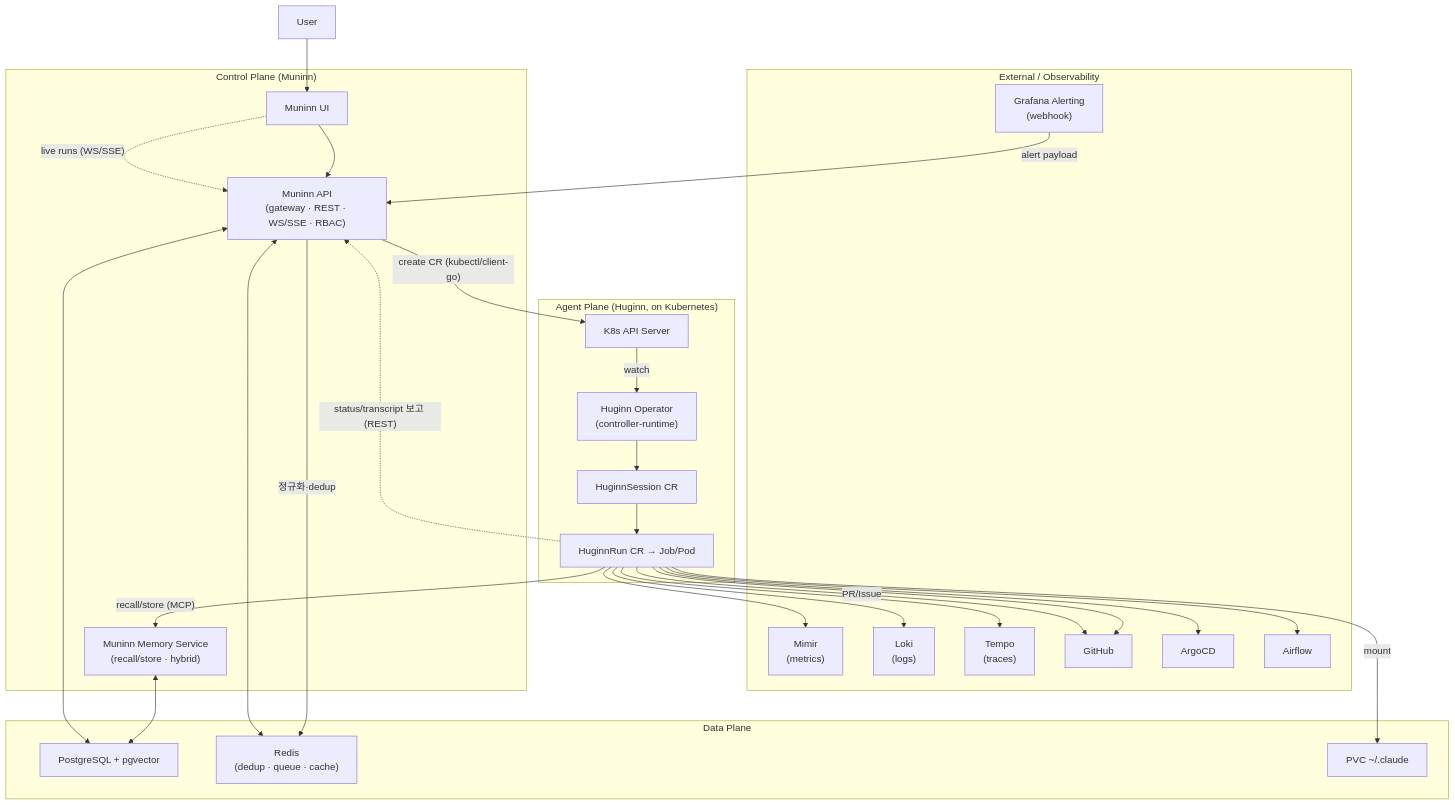
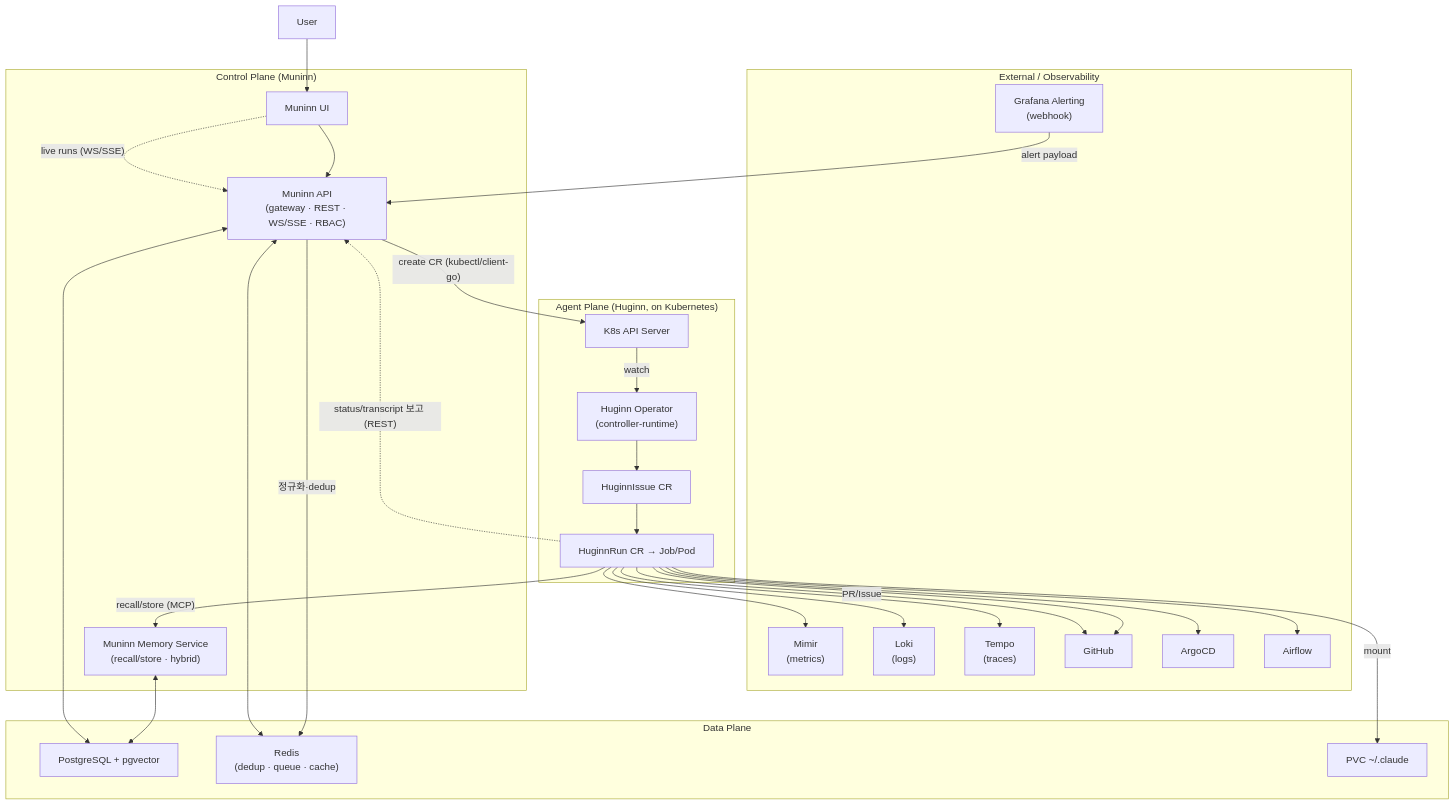
The first of 5 diagrams in docs/design/muninn-devops-agent-platform.md (KimSoungRyoul/muninn), drawn with Mermaid before and after one commit. The commit also changed other lines of this file and 35 other files, not shown here.

First line of the commit message:
refactor: HuginnSession→HuginnIssue 전면 개명 (Operator·docs·web) + 출력 issue→github_issue

````diff
--- a/docs/design/muninn-devops-agent-platform.md
+++ b/docs/design/muninn-devops-agent-platform.md
@@ -69,43 +69,43 @@
 ```mermaid
 flowchart TB
     subgraph EXT["External / Observability"]
         GRAF["Grafana Alerting<br/>(webhook)"]
         MIMIR["Mimir<br/>(metrics)"]
         LOKI["Loki<br/>(logs)"]
         TEMPO["Tempo<br/>(traces)"]
         GH["GitHub"]
         ARGO["ArgoCD"]
         AF["Airflow"]
     end
     subgraph CTRL["Control Plane (Muninn)"]
         UI["Muninn UI"]
         API["Muninn API<br/>(gateway · REST · WS/SSE · RBAC)"]
         MEM["Muninn Memory Service<br/>(recall/store · hybrid)"]
     end
     subgraph K8S["Agent Plane (Huginn, on Kubernetes)"]
         APISRV["K8s API Server"]
         OP["Huginn Operator<br/>(controller-runtime)"]
-        SESS["HuginnSession CR"]
+        SESS["HuginnIssue CR"]
         RUN["HuginnRun CR → Job/Pod"]
     end
     subgraph DATA["Data Plane"]
         PG["PostgreSQL + pgvector"]
         REDIS["Redis<br/>(dedup · queue · cache)"]
         PVC["PVC ~/.claude"]
     end
     User --> UI --> API
     GRAF -- "alert payload" --> API
     API -- "정규화·dedup" --> REDIS
     API -- "create CR (kubectl/client-go)" --> APISRV
     APISRV -- "watch" --> OP
     OP --> SESS --> RUN
     RUN -- "recall/store (MCP)" --> MEM
     MEM <--> PG
     RUN --> LOKI & TEMPO & MIMIR & GH & ARGO & AF
     RUN -- "mount" --> PVC
     RUN -- "PR/Issue" --> GH
     RUN -. "status/transcript 보고 (REST)" .-> API
     API <--> PG
     API <--> REDIS
     UI -. "live runs (WS/SSE)" .-> API
 ```
````
